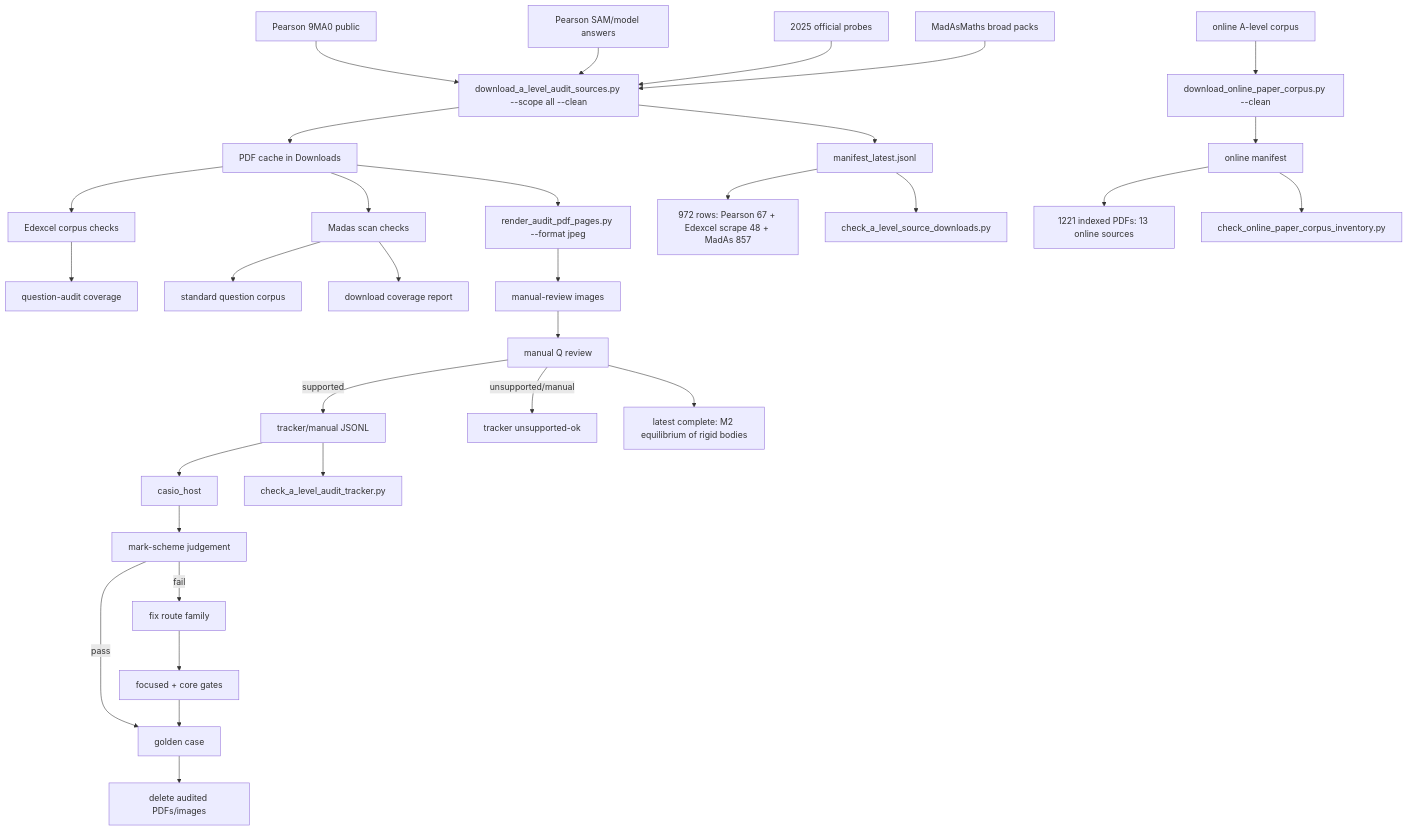
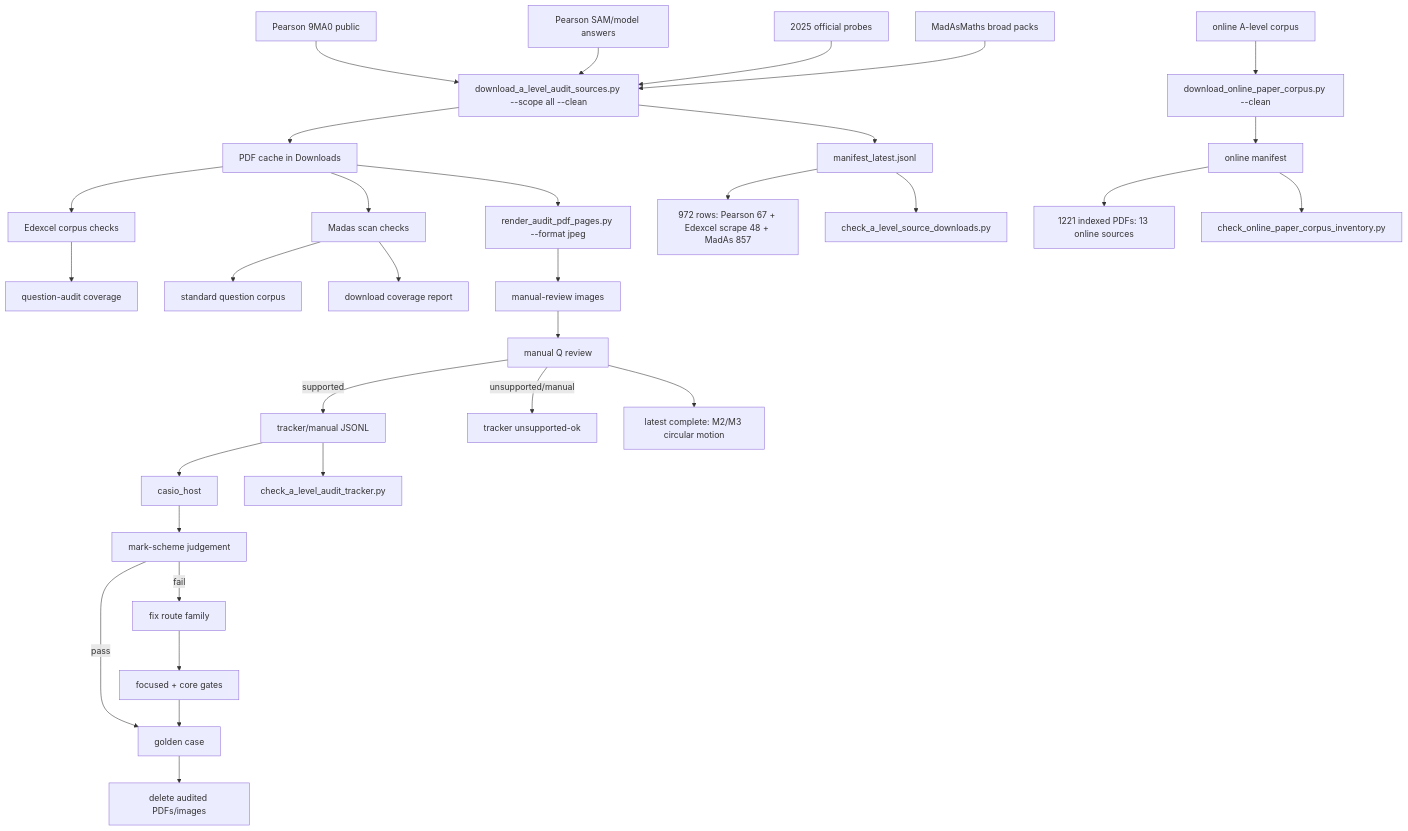
The diagram in c++/tools/golden/a_level_audit_graph.md (james8464/notes-addin-casio-fx-cg50), drawn with Mermaid before and after one commit. The commit also changed other lines of this file and 2 other files, not shown here.

Commit message:
Audit M2 M3 circular motion booklet

````diff
--- a/c++/tools/golden/a_level_audit_graph.md
+++ b/c++/tools/golden/a_level_audit_graph.md
@@ -3,34 +3,34 @@
 ```mermaid
 graph TD
   E1["Pearson 9MA0 public"] --> D["download_a_level_audit_sources.py --scope all --clean"]
   E2["Pearson SAM/model answers"] --> D
   E3["2025 official probes"] --> D
   M1["MadAsMaths broad packs"] --> D
   O1["online A-level corpus"] --> OD["download_online_paper_corpus.py --clean"]
   D --> P["PDF cache in Downloads"]
   D --> X["manifest_latest.jsonl"]
   OD --> OX["online manifest"]
   X --> XC["972 rows: Pearson 67 + Edexcel scrape 48 + MadAs 857"]
   OX --> OC["1221 indexed PDFs: 13 online sources"]
   X --> V["check_a_level_source_downloads.py"]
   OX --> OV["check_online_paper_corpus_inventory.py"]
   P --> E["Edexcel corpus checks"]
   E --> EQ["question-audit coverage"]
   P --> S["Madas scan checks"]
   S --> M["standard question corpus"]
   S --> MC["download coverage report"]
   P --> R["render_audit_pdf_pages.py --format jpeg"]
   R --> I["manual-review images"]
   I --> Q["manual Q review"]
   Q -->|supported| J["tracker/manual JSONL"]
   Q -->|unsupported/manual| U["tracker unsupported-ok"]
   J --> H["casio_host"]
   J --> K["check_a_level_audit_tracker.py"]
   H --> C["mark-scheme judgement"]
   C -->|pass| G["golden case"]
   C -->|fail| F["fix route family"]
   F --> T["focused + core gates"]
   T --> G
   G --> Z["delete audited PDFs/images"]
-  Q --> Qt["latest complete: M2 equilibrium of rigid bodies"]
+  Q --> Qt["latest complete: M2/M3 circular motion"]
 ```
````
